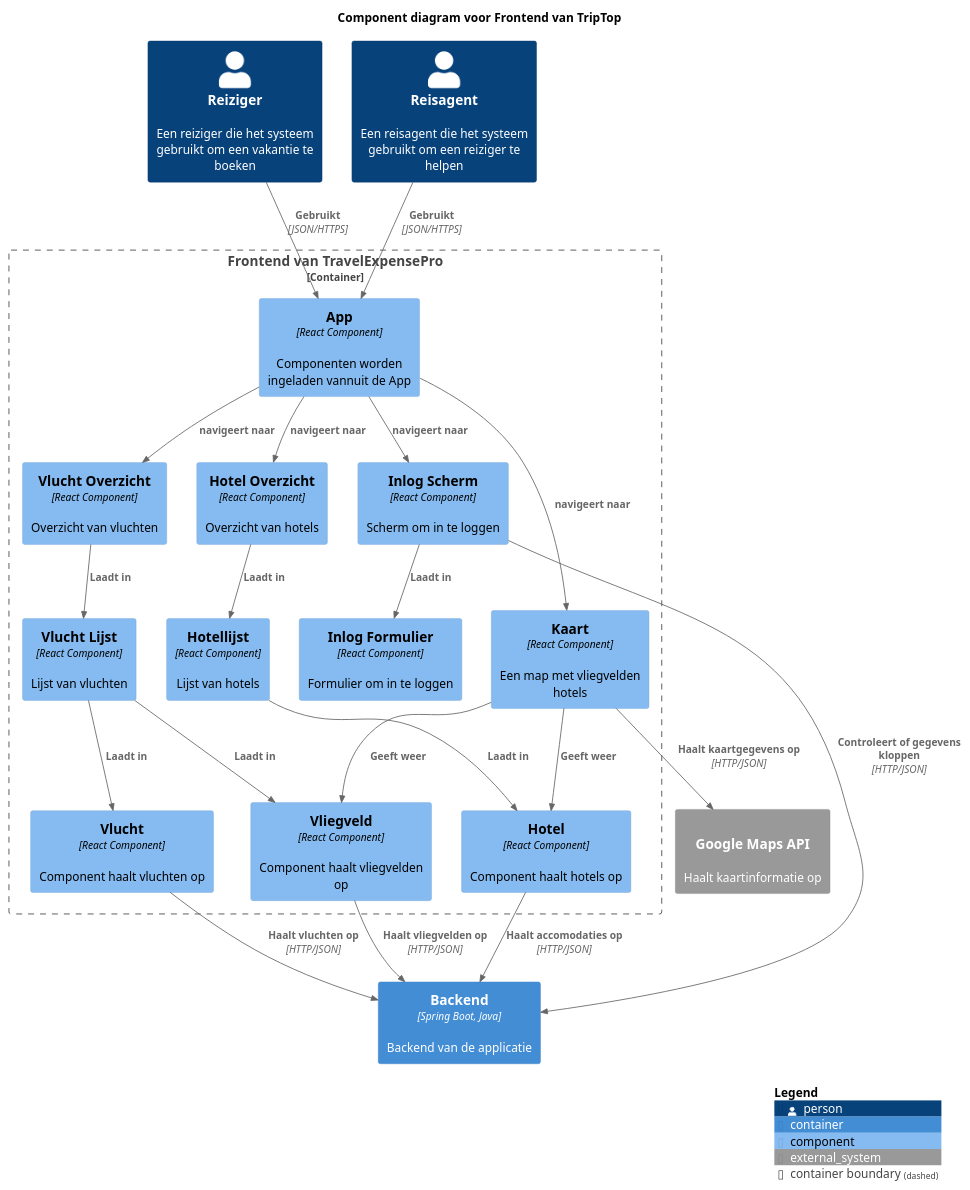
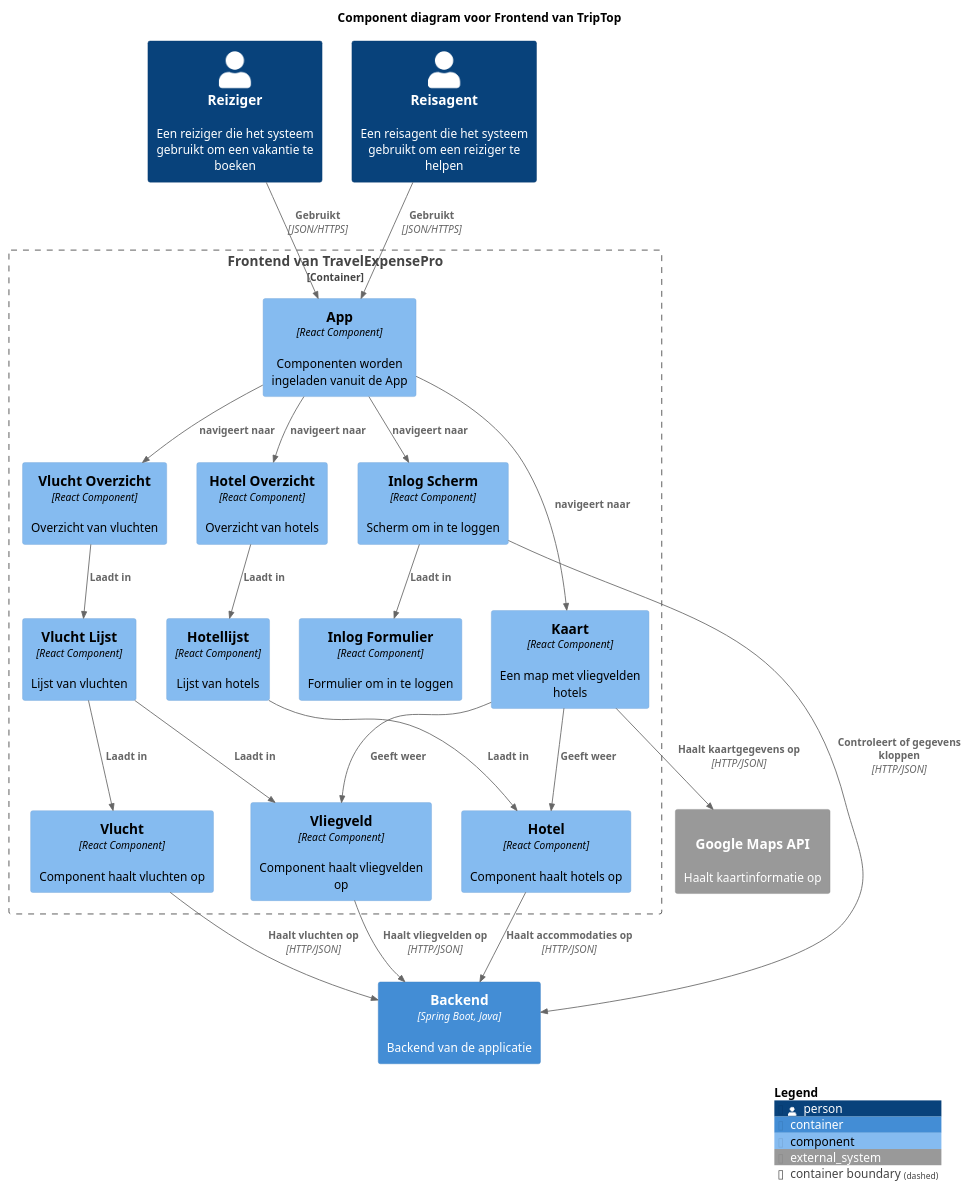
One commit to AIM-ENE-feb25/triptop-groep-b4 changed the diagram in C4_diagrammen/componentDiagramFrontEnd.puml. Above: the diagram before and after it, drawn with PlantUML. The commit also changed 5 other files, not shown here.

```diff
--- a/C4_diagrammen/componentDiagramFrontEnd.puml
+++ b/C4_diagrammen/componentDiagramFrontEnd.puml
@@ -1,50 +1,50 @@
 @startuml
 !include https://raw.githubusercontent.com/plantuml-stdlib/C4-PlantUML/master/C4_Component.puml
 ' uncomment the following line and comment the first to use locally
 ' !include C4_Component.puml
 
 LAYOUT_WITH_LEGEND()
 
 title Component diagram voor Frontend van TripTop
 
 Person(Reiziger, "Reiziger", "Een reiziger die het systeem gebruikt om een vakantie te boeken")
 Person(Reisagent, "Reisagent", "Een reisagent die het systeem gebruikt om een reiziger te helpen")
 
 Container_Boundary(api, "Frontend van TravelExpensePro") {
-    Component(App, "App", "React Component", "Componenten worden ingeladen vannuit de App")
+    Component(App, "App", "React Component", "Componenten worden ingeladen vanuit de App")
     Component(InlogScherm, "Inlog Scherm", "React Component", "Scherm om in te loggen")
     Component(InlogFormulier, "Inlog Formulier", "React Component", "Formulier om in te loggen")
     Component(Kaart, "Kaart", "React Component", "Een map met vliegvelden hotels")
     Component(HotelOverzicht, "Hotel Overzicht", "React Component", "Overzicht van hotels")
     Component(HotelLijst, "Hotellijst", "React Component", "Lijst van hotels")
     Component(Hotel, "Hotel", "React Component", "Component haalt hotels op")
     Component(VluchtOverzicht, "Vlucht Overzicht", "React Component", "Overzicht van vluchten")
     Component(VluchtLijst, "Vlucht Lijst", "React Component", "Lijst van vluchten")
     Component(Vlucht, "Vlucht", "React Component", "Component haalt vluchten op")
     Component(Vliegveld, "Vliegveld", "React Component", "Component haalt vliegvelden op")
 
     Rel(Reiziger, App, "Gebruikt", "JSON/HTTPS")
     Rel(Reisagent, App, "Gebruikt", "JSON/HTTPS")
     Rel(App, InlogScherm, "navigeert naar")
     Rel(App, Kaart, "navigeert naar")
     Rel(App, HotelOverzicht, "navigeert naar")
     Rel(InlogScherm, InlogFormulier, "Laadt in")
     Rel(HotelOverzicht, HotelLijst, "Laadt in")
     Rel(HotelLijst, Hotel, "Laadt in")
     Rel(Kaart, Hotel, "Geeft weer")
     Rel(Kaart, Vliegveld, "Geeft weer")
     Rel(App, VluchtOverzicht, "navigeert naar")
     Rel(VluchtOverzicht, VluchtLijst, "Laadt in")
     Rel(VluchtLijst, Vlucht, "Laadt in")
     Rel(VluchtLijst, Vliegveld, "Laadt in")
 }
 
 Container(backend, "Backend", "Spring Boot, Java", "Backend van de applicatie")
 System_Ext(GoogleMapsAPI, "Google Maps API", "Haalt kaartinformatie op", "HTTP/JSON")
 Rel(InlogScherm, backend, "Controleert of gegevens kloppen", "HTTP/JSON")
-Rel(Hotel, backend, "Haalt accomodaties op", "HTTP/JSON")
+Rel(Hotel, backend, "Haalt accommodaties op", "HTTP/JSON")
 Rel(Vlucht, backend, "Haalt vluchten op", "HTTP/JSON")
 Rel(Vliegveld, backend, "Haalt vliegvelden op", "HTTP/JSON")
 Rel(Kaart, GoogleMapsAPI, "Haalt kaartgegevens op", "HTTP/JSON")
 SHOW_LEGEND()
 @enduml
```
